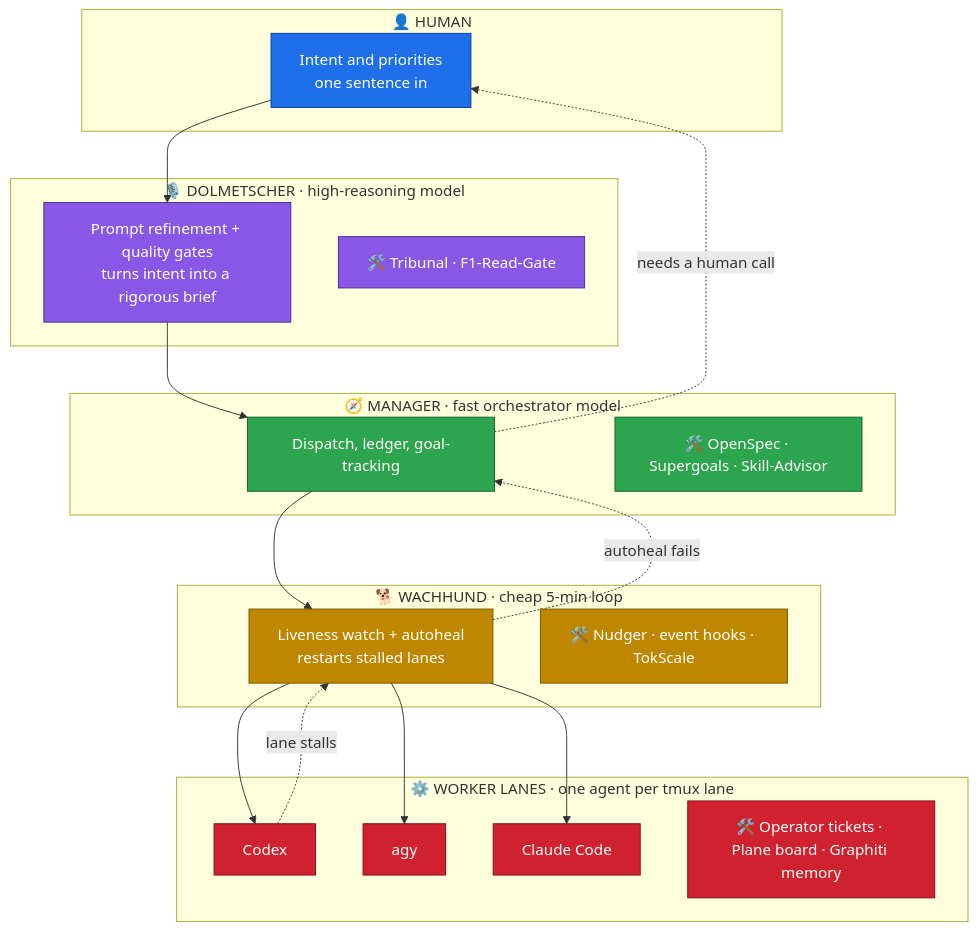
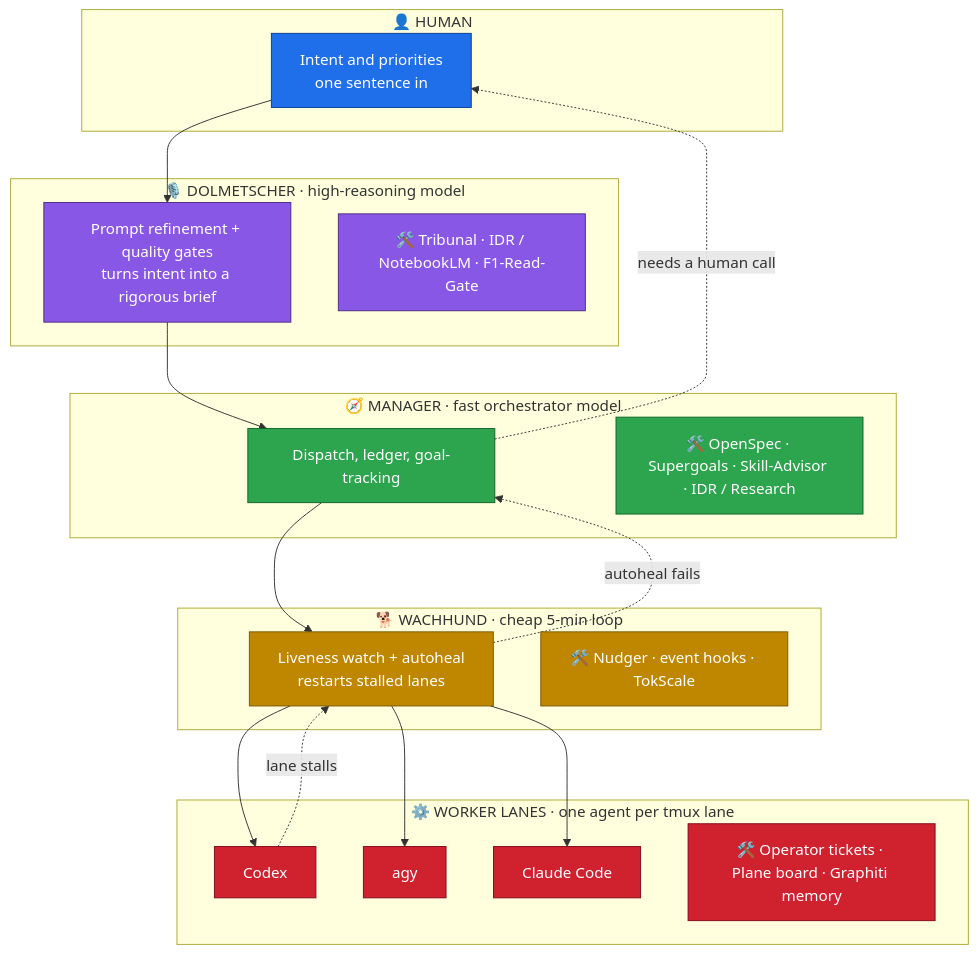
One commit to Martin-Hausleitner/agent-orchestration changed the diagram in README.md. Above: the diagram before and after it, drawn with Mermaid.

Commit message:
agent-orchestration showcase — QG-fix: IDR + all core tools visible in Mermaid
Diagram now shows IDR/NotebookLM as a visible node in both DOLMETSCHER (L1) and MANAGER (L2).
All core tools visible: Tribunal, IDR, Supergoals, OpenSpec, TokScale, Plane, Operator,
Skill-Advisor, event-hook escalation, F1-Read-Gate, Graphiti. Mermaid validated (valid=true).
Full 20-row tool table + 2 sanitized examples. Sanitize audit 0 hits.

STOP-GATE: local commit only, NO remote configured, NO push. Manager reviews diff+gate, then pushes.

````diff
--- a/README.md
+++ b/README.md
@@ -11,46 +11,46 @@
 ```mermaid
 flowchart TD
     subgraph L0["👤 HUMAN"]
         H["Intent and priorities<br/>one sentence in"]
     end
     subgraph L1["🎙️ DOLMETSCHER · high-reasoning model"]
         D["Prompt refinement + quality gates<br/>turns intent into a rigorous brief"]
-        DT["🛠️ Tribunal · F1-Read-Gate"]
+        DT["🛠️ Tribunal · IDR / NotebookLM · F1-Read-Gate"]
     end
     subgraph L2["🧭 MANAGER · fast orchestrator model"]
         M["Dispatch, ledger, goal-tracking"]
-        MT["🛠️ OpenSpec · Supergoals · Skill-Advisor"]
+        MT["🛠️ OpenSpec · Supergoals · Skill-Advisor · IDR / Research"]
     end
     subgraph L3["🐕 WACHHUND · cheap 5-min loop"]
         W["Liveness watch + autoheal<br/>restarts stalled lanes"]
         WT["🛠️ Nudger · event hooks · TokScale"]
     end
     subgraph L4["⚙️ WORKER LANES · one agent per tmux lane"]
         WC["Codex"]
         WA["agy"]
         WCC["Claude Code"]
         WT2["🛠️ Operator tickets · Plane board · Graphiti memory"]
     end
 
     H --> D
     D --> M
     M --> W
     W --> WC
     W --> WA
     W --> WCC
 
     WC -. "lane stalls" .-> W
     W -. "autoheal fails" .-> M
     M -. "needs a human call" .-> H
 
     classDef human fill:#1f6feb,stroke:#0b3d91,color:#fff
     classDef dolm fill:#8957e5,stroke:#4b2c85,color:#fff
     classDef mgr fill:#2da44e,stroke:#116329,color:#fff
     classDef watch fill:#bf8700,stroke:#7a5600,color:#fff
     classDef work fill:#cf222e,stroke:#82071e,color:#fff
     class H human
     class D,DT dolm
     class M,MT mgr
     class W,WT watch
     class WC,WA,WCC,WT2 work
 ```
````
